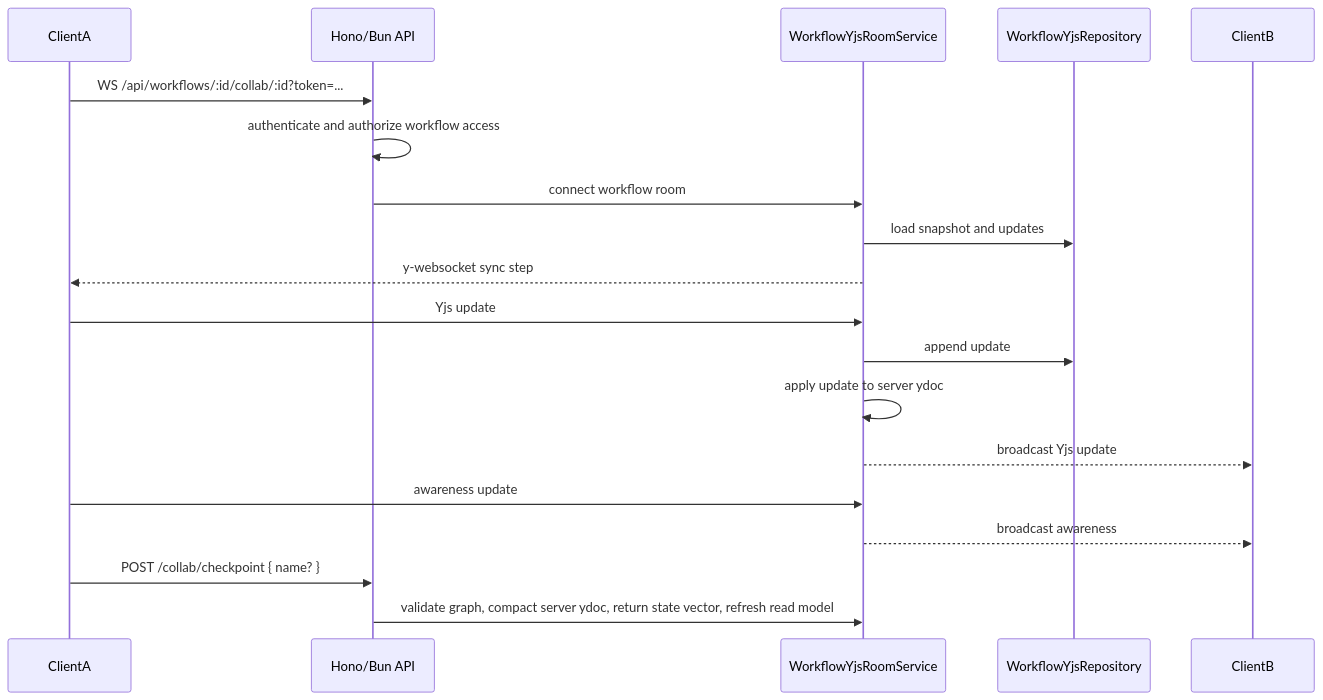
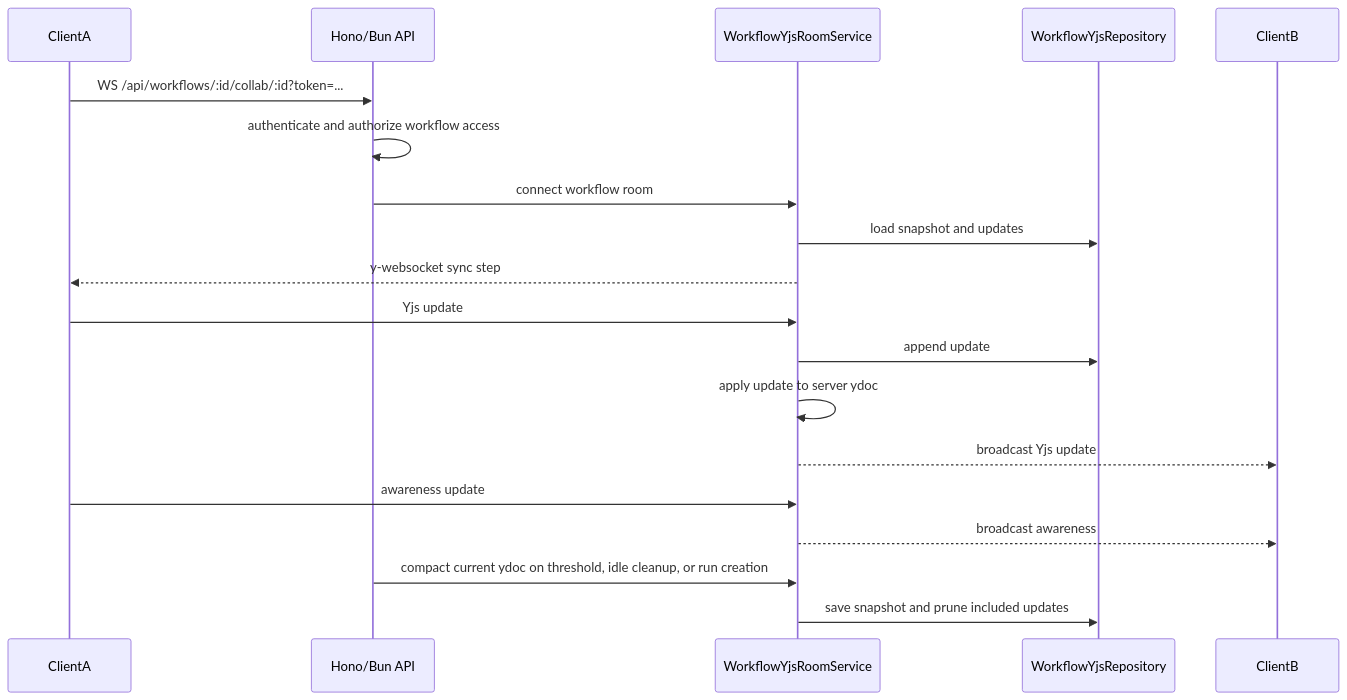
One commit to HUAHUAI23/mina changed the fourth of 4 diagrams in helloagents/wiki/arch.md. Above: the diagram before and after it, drawn with Mermaid. The commit also changed other lines of this file and 42 other files, not shown here.

````diff
--- a/helloagents/wiki/arch.md
+++ b/helloagents/wiki/arch.md
@@ -73,22 +73,22 @@
 ```mermaid
 sequenceDiagram
   participant ClientA
   participant API as Hono/Bun API
   participant Room as WorkflowYjsRoomService
   participant Store as WorkflowYjsRepository
   participant ClientB
 
   ClientA->>API: WS /api/workflows/:id/collab/:id?token=...
   API->>API: authenticate and authorize workflow access
   API->>Room: connect workflow room
   Room->>Store: load snapshot and updates
   Room-->>ClientA: y-websocket sync step
   ClientA->>Room: Yjs update
   Room->>Store: append update
   Room->>Room: apply update to server ydoc
   Room-->>ClientB: broadcast Yjs update
   ClientA->>Room: awareness update
   Room-->>ClientB: broadcast awareness
-  ClientA->>API: POST /collab/checkpoint { name? }
-  API->>Room: validate graph, compact server ydoc, return state vector, refresh read model
+  API->>Room: compact current ydoc on threshold, idle cleanup, or run creation
+  Room->>Store: save snapshot and prune included updates
 ```
````
